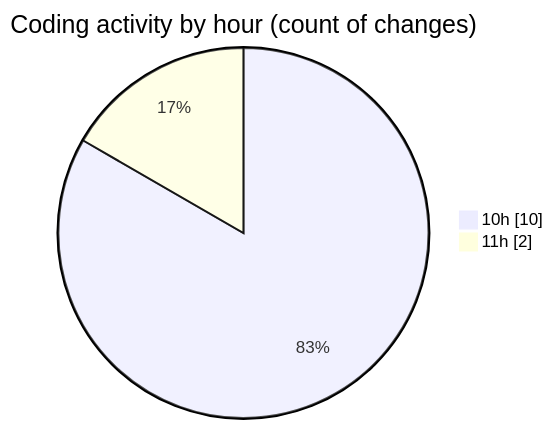
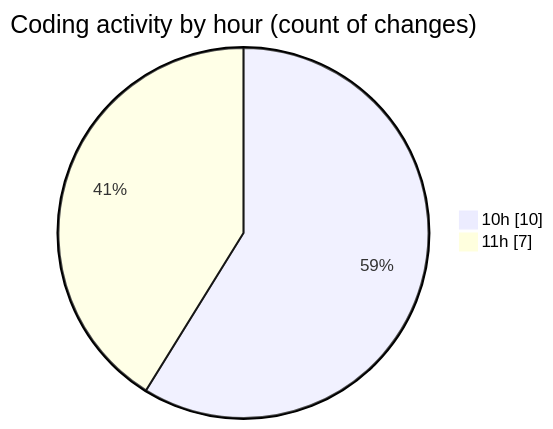
The second of 2 diagrams in 2025-03-31/jsvms/README.md (BS-eng2023/code-tracking), drawn with Mermaid before and after one commit. The commit also changed other lines of this file and 1 other file, not shown here.

````diff
--- a/2025-03-31/jsvms/README.md
+++ b/2025-03-31/jsvms/README.md
@@ -33,6 +36,6 @@
 ```mermaid
 pie showData
 title Coding activity by hour (count of changes)
 "10h" : 10
-"11h" : 2
+"11h" : 7
 ```
````
